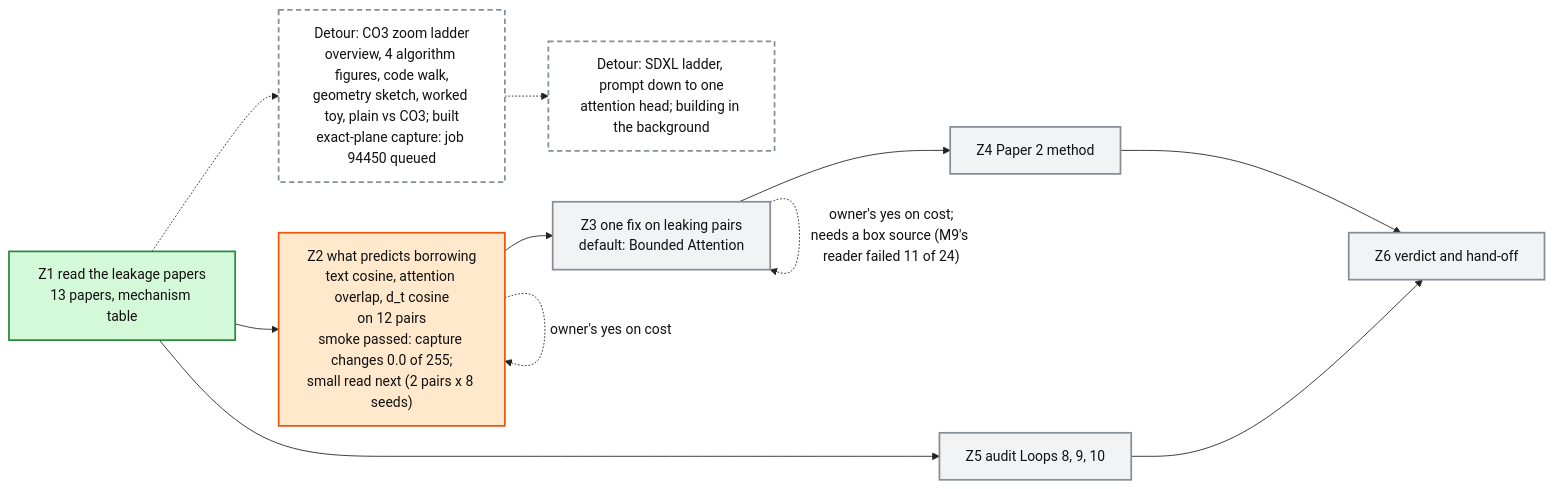
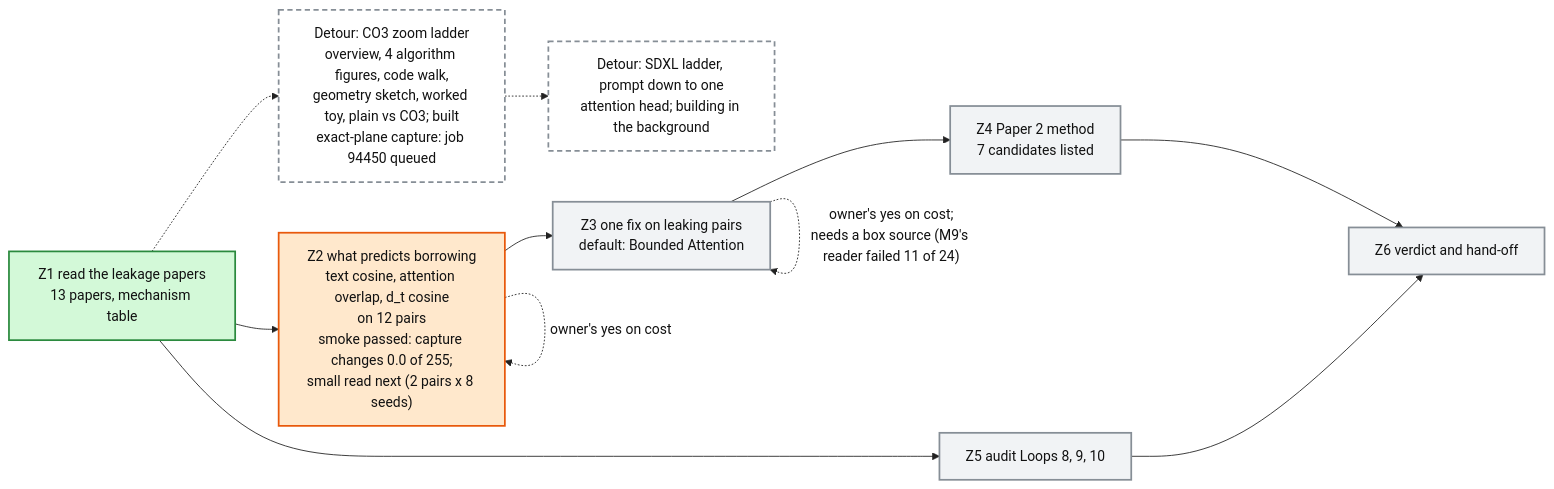
The diagram in artifacts/notes/progress/leakage/loop-12-progress.mmd (mo-rsa24/concept-composition), drawn with Mermaid before and after one commit. The commit also changed 1 other file, not shown here.

```diff
--- a/artifacts/notes/progress/leakage/loop-12-progress.mmd
+++ b/artifacts/notes/progress/leakage/loop-12-progress.mmd
@@ -1,20 +1,20 @@
 %%{init: {'theme': 'base', 'themeVariables': {'fontFamily': 'monospace', 'primaryColor': '#ffffff', 'primaryBorderColor': '#222222', 'primaryTextColor': '#111111', 'lineColor': '#222222'}}}%%
 flowchart LR
   Z1["Z1 read the leakage papers<br/>13 papers, mechanism table"]:::done
   Z2["Z2 what predicts borrowing<br/>text cosine, attention overlap, d_t cosine<br/>on 12 pairs<br/>smoke passed: capture changes 0.0 of 255;<br/>small read next (2 pairs x 8 seeds)"]:::doing
   Z3["Z3 one fix on leaking pairs<br/>default: Bounded Attention"]:::todo
-  Z4["Z4 Paper 2 method"]:::todo
+  Z4["Z4 Paper 2 method<br/>7 candidates listed"]:::todo
   Z5["Z5 audit Loops 8, 9, 10"]:::todo
   Z6["Z6 verdict and hand-off"]:::todo
   LAD["Detour: CO3 zoom ladder<br/>overview, 4 algorithm figures, code walk,<br/>geometry sketch, worked toy, plain vs CO3; built<br/>exact-plane capture: job 94450 queued"]:::detour
   Z1 -.-> LAD
   SDX["Detour: SDXL ladder, prompt down to one<br/>attention head; building in the background"]:::detour
   LAD -.-> SDX
   Z1 --> Z2 --> Z3 --> Z4 --> Z6
   Z1 --> Z5 --> Z6
   Z2 -. "owner's yes on cost" .-> Z2
   Z3 -. "owner's yes on cost;<br/>needs a box source (M9's reader failed 11 of 24)" .-> Z3
   classDef done fill:#d3f9d8,stroke:#2b8a3e,stroke-width:2px
   classDef doing fill:#ffe8cc,stroke:#e8590c,stroke-width:2px
   classDef detour fill:#ffffff,stroke:#868e96,stroke-width:2px,stroke-dasharray: 6 4
   classDef todo fill:#f1f3f5,stroke:#868e96,stroke-width:2px
```
